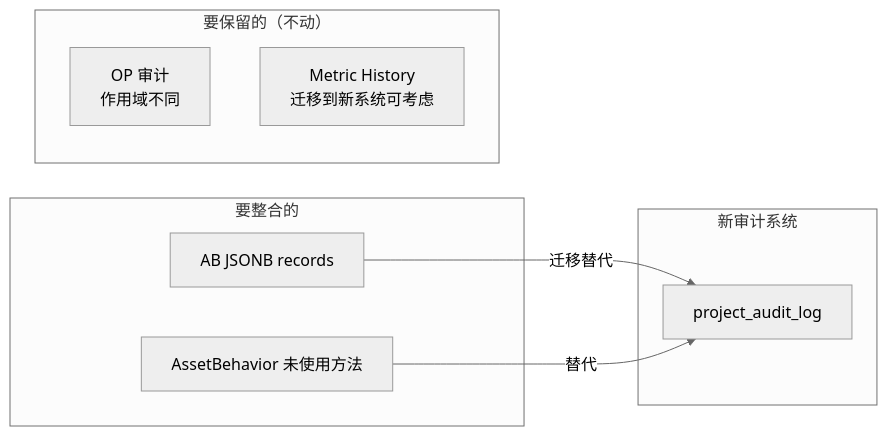
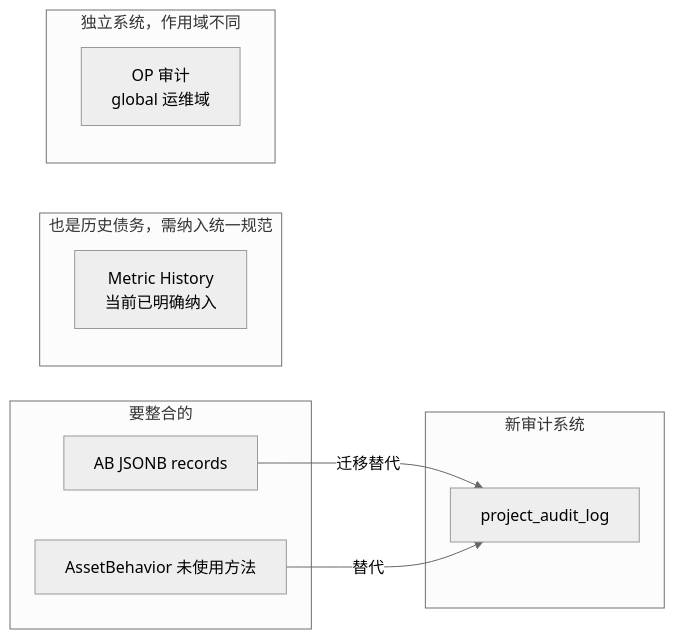
One commit to qinwenshiCH/workflow changed the second of 3 diagrams in specs/20260626-Wave-Feat-AddAuditLog/research.md. Above: the diagram before and after it, drawn with Mermaid (neutral theme). The commit also changed other lines of this file and 3 other files, not shown here.

````diff
--- a/specs/20260626-Wave-Feat-AddAuditLog/research.md
+++ b/specs/20260626-Wave-Feat-AddAuditLog/research.md
@@ -151,17 +158,19 @@
 ```mermaid
 graph LR
     subgraph "要整合的"
         AB_REC[AB JSONB records]
         BEH_ADD[AssetBehavior 未使用方法]
     end
-    subgraph "要保留的（不动）"
-        OP_AUDIT[OP 审计<br/>作用域不同]
-        MH_METRIC[Metric History<br/>迁移到新系统可考虑]
+    subgraph "也是历史债务，需纳入统一规范"
+        MH_METRIC[Metric History<br/>当前已明确纳入]
+    end
+    subgraph "独立系统，作用域不同"
+        OP_AUDIT[OP 审计<br/>global 运维域]
     end
     subgraph "新审计系统"
         NEW_AUDIT[project_audit_log]
     end
 
     AB_REC -->|迁移替代| NEW_AUDIT
     BEH_ADD -->|替代| NEW_AUDIT
 ```
````
